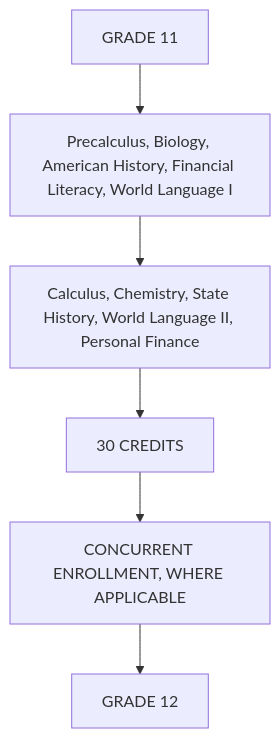
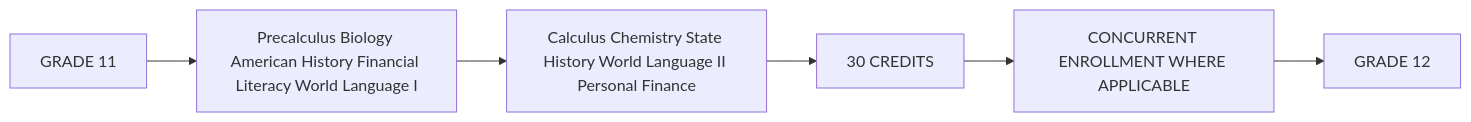
One commit to RIAHPathway/Website-Draft changed the sixth of 29 diagrams in RIAH-PATHWAY-CURRICULUM-STRUCTURE/RIAH-PATHWAY-HIGH-SCHOOL-STRUCTURE/HIGH-SCHOOL-STRUCTURE.md. Above: the diagram before and after it, drawn with Mermaid. The commit also changed other lines of this file, not shown here.

Commit message:
Match High School Mermaid diagrams to repository working syntax

````diff
--- a/RIAH-PATHWAY-CURRICULUM-STRUCTURE/RIAH-PATHWAY-HIGH-SCHOOL-STRUCTURE/HIGH-SCHOOL-STRUCTURE.md
+++ b/RIAH-PATHWAY-CURRICULUM-STRUCTURE/RIAH-PATHWAY-HIGH-SCHOOL-STRUCTURE/HIGH-SCHOOL-STRUCTURE.md
@@ -437,8 +437,8 @@
 ```mermaid
-graph TD;
-    N0["GRADE 11"] --> N1["Precalculus, Biology, American History, Financial Literacy, World Language I"];
-    N1["Precalculus, Biology, American History, Financial Literacy, World Language I"] --> N2["Calculus, Chemistry, State History, World Language II, Personal Finance"];
-    N2["Calculus, Chemistry, State History, World Language II, Personal Finance"] --> N3["30 CREDITS"];
-    N3["30 CREDITS"] --> N4["CONCURRENT ENROLLMENT, WHERE APPLICABLE"];
-    N4["CONCURRENT ENROLLMENT, WHERE APPLICABLE"] --> N5["GRADE 12"];
+graph LR
+    N0["GRADE 11"] --> N1["Precalculus Biology American History Financial Literacy World Language I"]
+    N1["Precalculus Biology American History Financial Literacy World Language I"] --> N2["Calculus Chemistry State History World Language II Personal Finance"]
+    N2["Calculus Chemistry State History World Language II Personal Finance"] --> N3["30 CREDITS"]
+    N3["30 CREDITS"] --> N4["CONCURRENT ENROLLMENT WHERE APPLICABLE"]
+    N4["CONCURRENT ENROLLMENT WHERE APPLICABLE"] --> N5["GRADE 12"]
 ```
````
